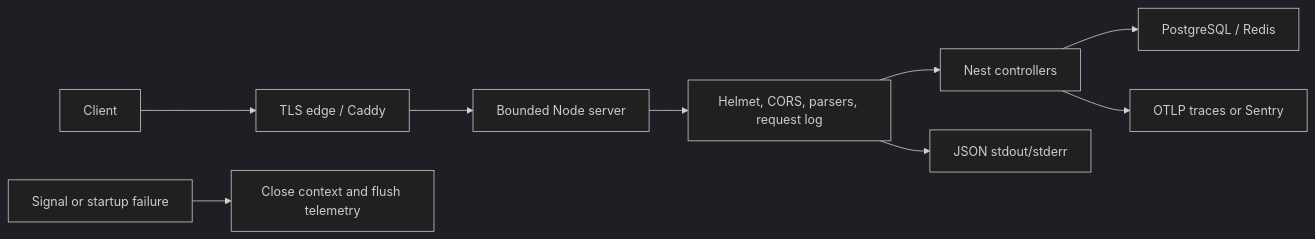
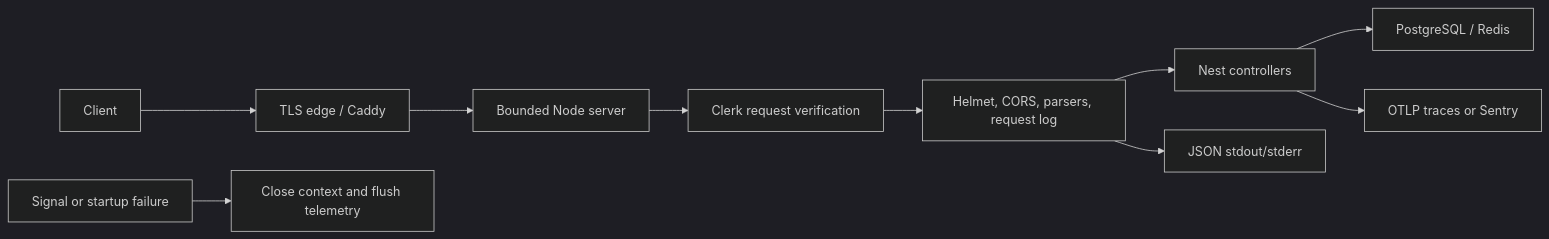
The diagram in docs/backend/mechanisms/runtime-operations.md (johnakisk0700/slopform), drawn with Mermaid (dark theme) before and after one commit. The commit also changed other lines of this file and 158 other files, not shown here.

````diff
--- a/docs/backend/mechanisms/runtime-operations.md
+++ b/docs/backend/mechanisms/runtime-operations.md
@@ -15,11 +15,12 @@
 ```mermaid
 flowchart LR
   Client["Client"] --> Edge["TLS edge / Caddy"]
   Edge --> Server["Bounded Node server"]
-  Server --> Middleware["Helmet, CORS, parsers, request log"]
+  Server --> Auth["Clerk request verification"]
+  Auth --> Middleware["Helmet, CORS, parsers, request log"]
   Middleware --> Nest["Nest controllers"]
   Nest --> Dependencies["PostgreSQL / Redis"]
   Middleware --> Logs["JSON stdout/stderr"]
   Nest --> Telemetry["OTLP traces or Sentry"]
   Signal["Signal or startup failure"] --> Lifecycle["Close context and flush telemetry"]
 ```
````
